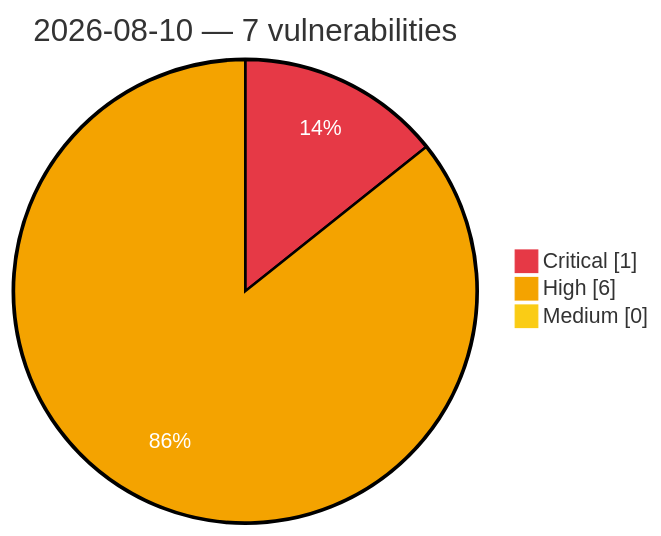
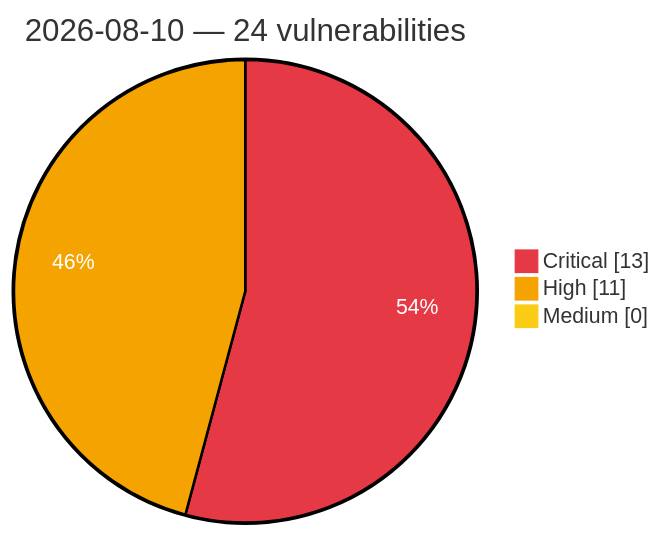
The diagram in vulnerabilities/2026/August/2026-08-10.md (GhostX0X/vuln-tracker), drawn with Mermaid before and after one commit. The commit also changed other lines of this file and 5 other files, not shown here.

Commit message:
Auto update: critical/high vulns (2026-08-10 13:27 UTC)

````diff
--- a/vulnerabilities/2026/August/2026-08-10.md
+++ b/vulnerabilities/2026/August/2026-08-10.md
@@ -3,8 +3,8 @@
 ```mermaid
 %%{init: {'theme':'base', 'themeVariables': {'pie1':'#e63946', 'pie2':'#f4a300', 'pie3':'#facc15', 'pieOpacity':'1', 'pieOuterStrokeWidth':'2px', 'pieSectionTextColor':'#ffffff'}}}%%
 pie showData
-    title 2026-08-10 — 7 vulnerabilities
-    "Critical" : 1
-    "High" : 6
+    title 2026-08-10 — 24 vulnerabilities
+    "Critical" : 13
+    "High" : 11
     "Medium" : 0
 ```
````
